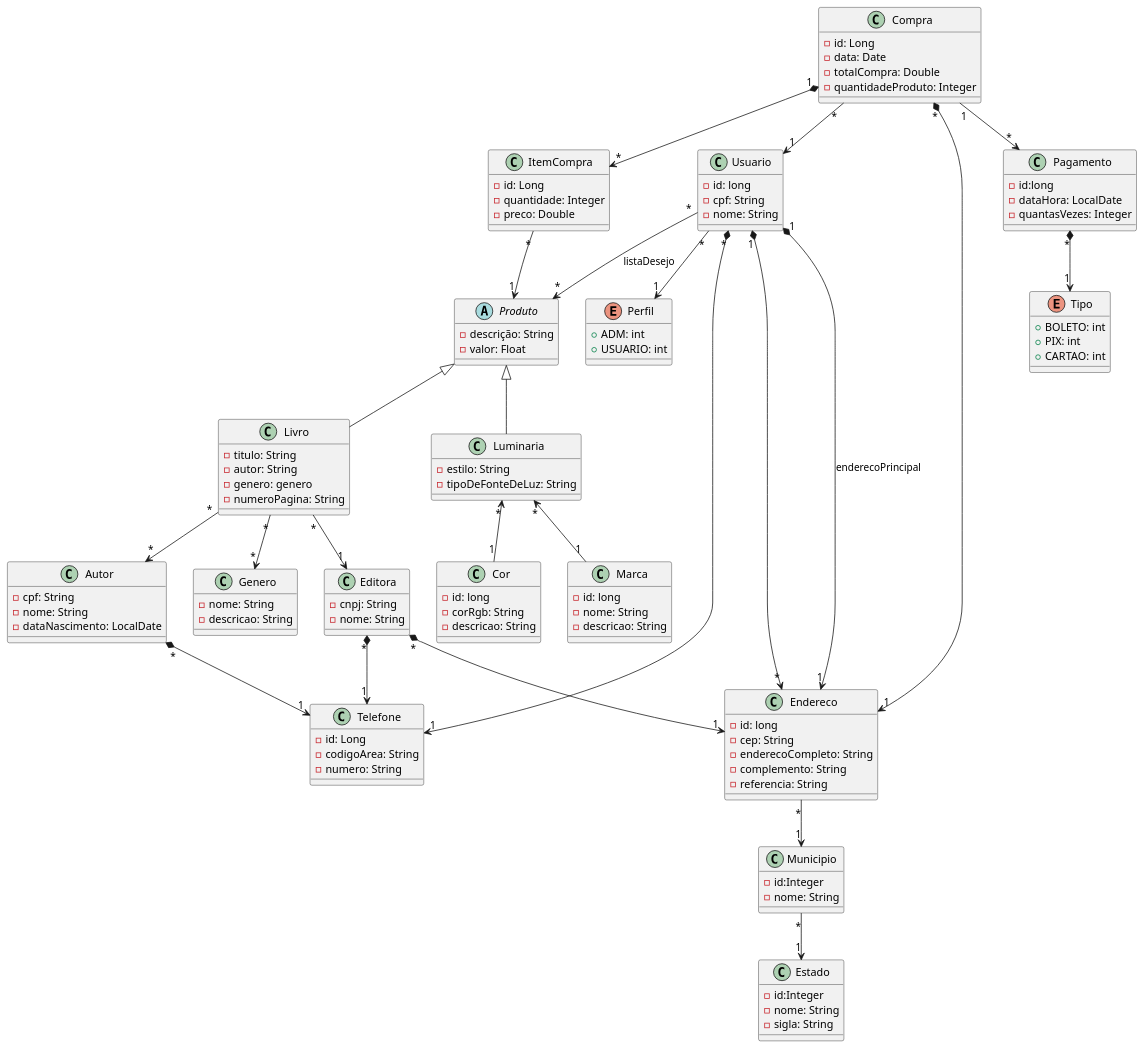
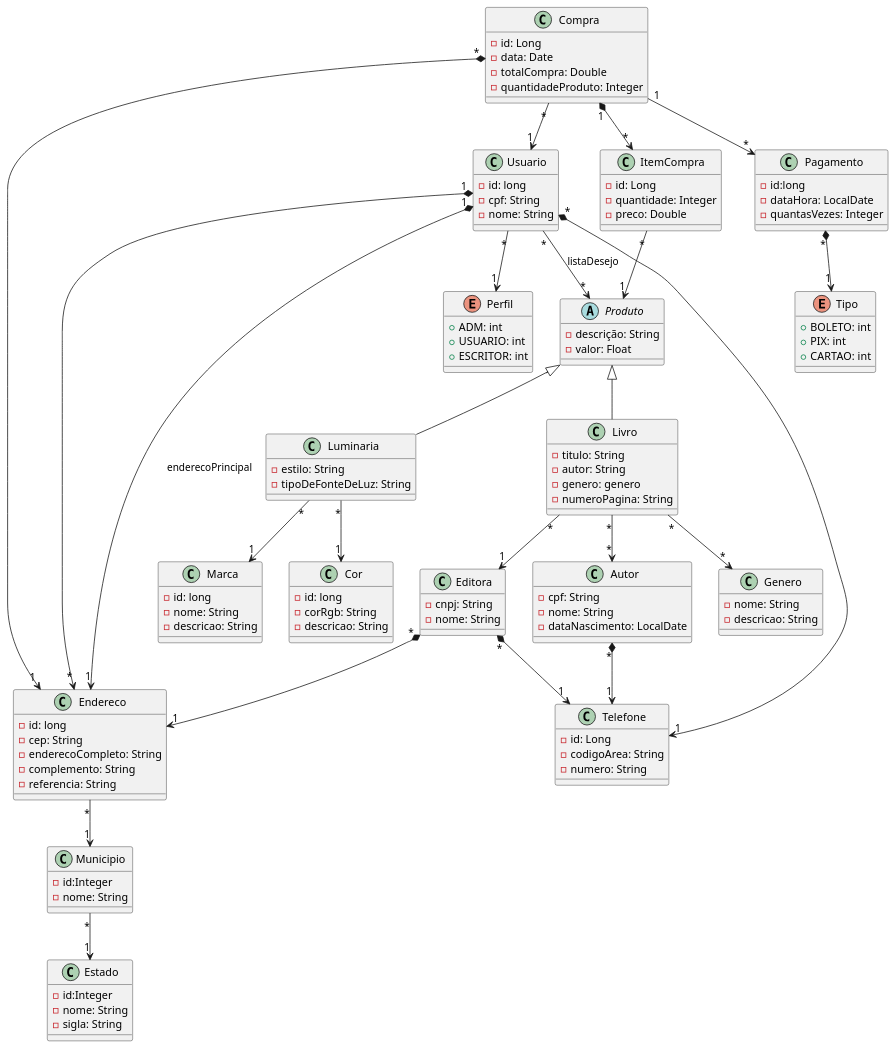
The diagram in src/main/resources/UML.plantuml (Jeezyel/Topicos-2-Beck-end), drawn with PlantUML before and after one commit. The commit also changed 3 other files, not shown here.

```diff
--- a/src/main/resources/UML.plantuml
+++ b/src/main/resources/UML.plantuml
@@ -1,150 +1,151 @@
 @startuml UML
 
 
 class Livro {
     - titulo: String
     - autor: String
     - genero: genero
     - numeroPagina: String
 }
 
 class Usuario {
     - id: long
     - cpf: String
     - nome: String
 }
 
 class Cor {
     - id: long
     - corRgb: String
     - descricao: String
 
 }
 
 enum Perfil {
     + ADM: int
-    + USUARIO: int 
+    + USUARIO: int
+    + ESCRITOR: int
 }
 
 class Endereco {
     - id: long
     - cep: String
     - enderecoCompleto: String
     - complemento: String
     - referencia: String
 }
 
 class ItemCompra {
     - id: Long
     - quantidade: Integer
     - preco: Double
 }
 
 class Compra {
     - id: Long
     - data: Date
     - totalCompra: Double
     - quantidadeProduto: Integer
 }
 
 class Telefone {
     - id: Long
     - codigoArea: String
     - numero: String
 }
 
 class Municipio {
     -id:Integer
     -nome: String
 }
 
 class Estado {
     -id:Integer
     -nome: String
     -sigla: String
 }
 
 abstract Produto {
     - descrição: String
     - valor: Float
 }
 
 class Pagamento {
     - id:long
     - dataHora: LocalDate
     - quantasVezes: Integer
 }
 
 enum Tipo {
     + BOLETO: int
     + PIX: int
     + CARTAO: int
 }
 
 class Luminaria {
 
     - estilo: String
     - tipoDeFonteDeLuz: String
 
 }
 
 class Marca {
     - id: long
     - nome: String
     - descricao: String
 }
 
 class Editora {
     - cnpj: String 
     - nome: String 
 }
 
 class Autor {
     - cpf: String 
     - nome: String 
     - dataNascimento: LocalDate
 }
 
 class Genero {
     - nome: String 
     - descricao: String
 }
     
 
 Livro -up-|> Produto
 Luminaria -up-|> Produto
-Cor "1"-up->"*" Luminaria
-Marca "1"-up->"*" Luminaria
+ Luminaria"*"-->"1" Cor
+Luminaria "*"-->"1"  Marca
 
 Livro "*" --> "1" Editora
 Livro "*" --> "*" Genero
 Livro "*" --> "*" Autor
 
 Editora "*" *--> "1" Endereco
 Editora "*" *--> "1" Telefone
 
 Usuario "1" *--> "*" Endereco
 Usuario "1" *--> "1" Endereco: enderecoPrincipal
 Usuario "*" --> "*" Produto: listaDesejo
 Usuario "*" *--> "1" Telefone
 Usuario "*" --> "1" Perfil
 
 Autor "*" *--> "1" Telefone
 
 Compra "1" *--> "*" ItemCompra
 Compra "*" --> "1" Usuario
 Compra "*"  *--> "1" Endereco
 Compra "1"-->"*" Pagamento
 
 ItemCompra "*" --> "1" Produto
 
 Pagamento "*" *--> "1" Tipo
 
 Endereco "*"--> "1" Municipio
 
 Municipio "*"--> "1" Estado
 
 
 
 
 @enduml
```
